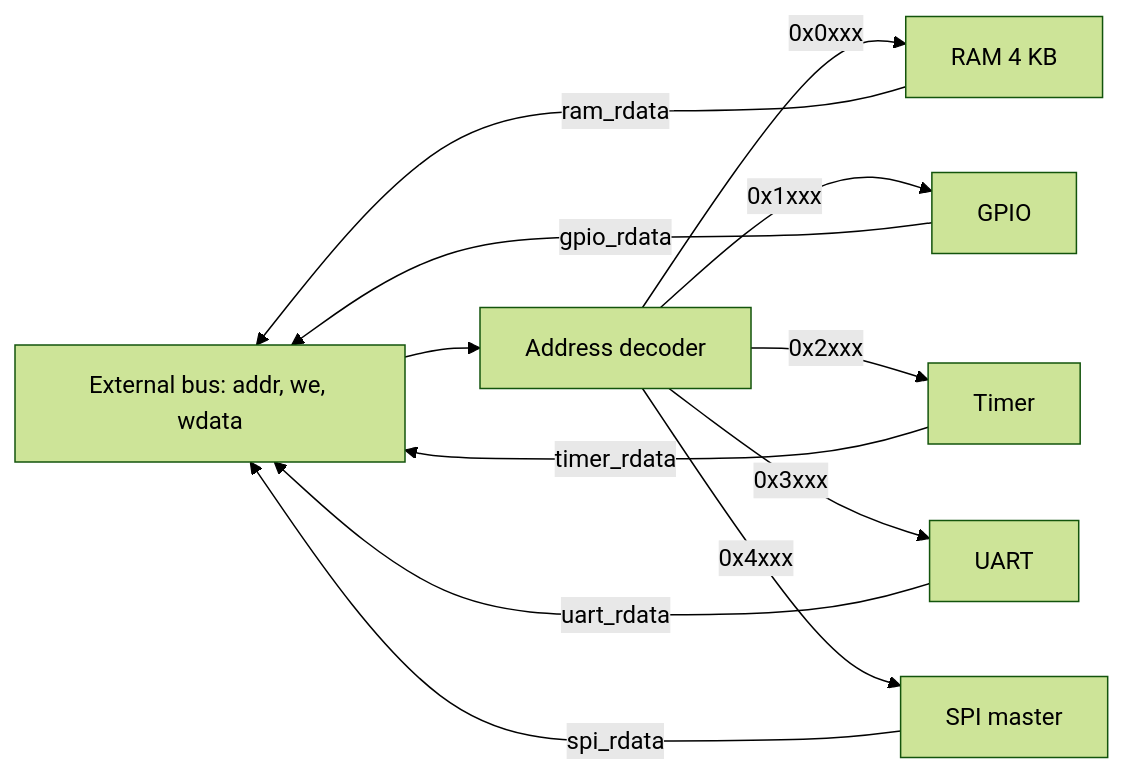
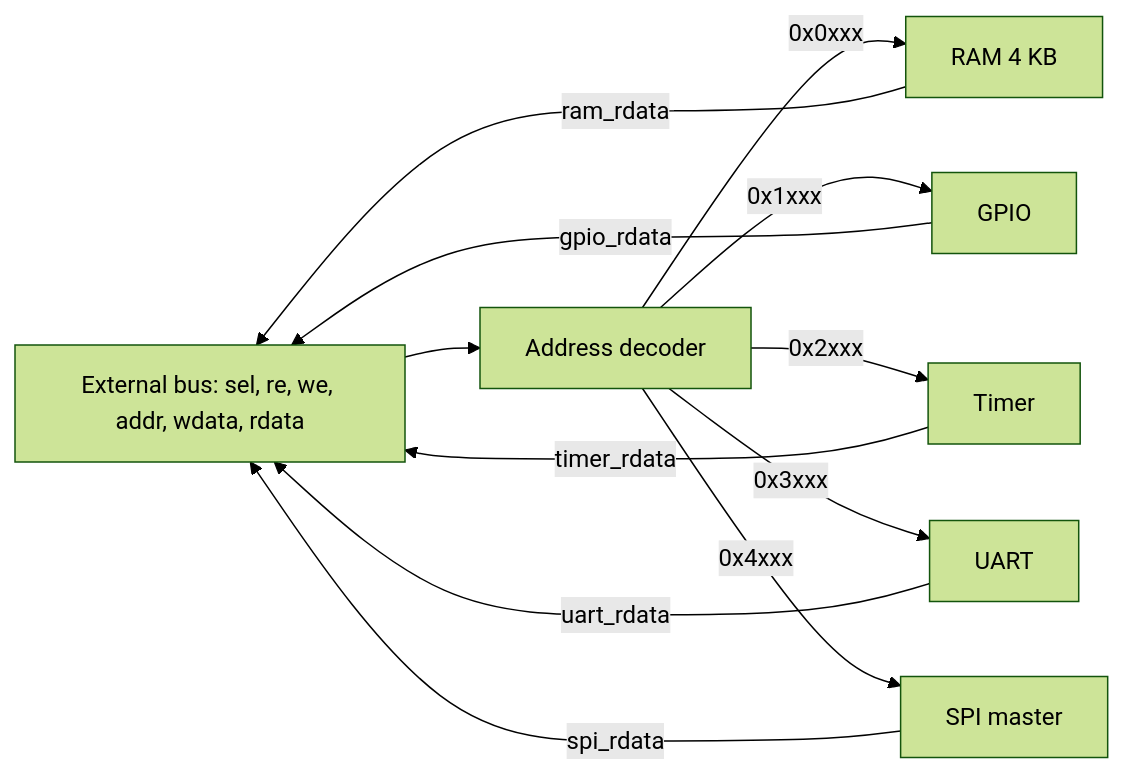
One commit to kishorak-git/verilog-mini-soc changed the diagram in README.md. Above: the diagram before and after it, drawn with Mermaid (forest theme). The commit also changed other lines of this file and 27 other files, not shown here.

````diff
--- a/README.md
+++ b/README.md
@@ -28,22 +42,22 @@
 ```mermaid
 flowchart LR
-    BUS[External bus: addr, we, wdata]
+    BUS[External bus: sel, re, we, addr, wdata, rdata]
     DEC[Address decoder]
     RAM[RAM 4 KB]
     GPIO[GPIO]
     TIMER[Timer]
     UART[UART]
     SPI[SPI master]
 
     BUS --> DEC
     DEC -->|0x0xxx| RAM
     DEC -->|0x1xxx| GPIO
     DEC -->|0x2xxx| TIMER
     DEC -->|0x3xxx| UART
     DEC -->|0x4xxx| SPI
     RAM -->|ram_rdata| BUS
     GPIO -->|gpio_rdata| BUS
     TIMER -->|timer_rdata| BUS
     UART -->|uart_rdata| BUS
     SPI -->|spi_rdata| BUS
 ```
````
